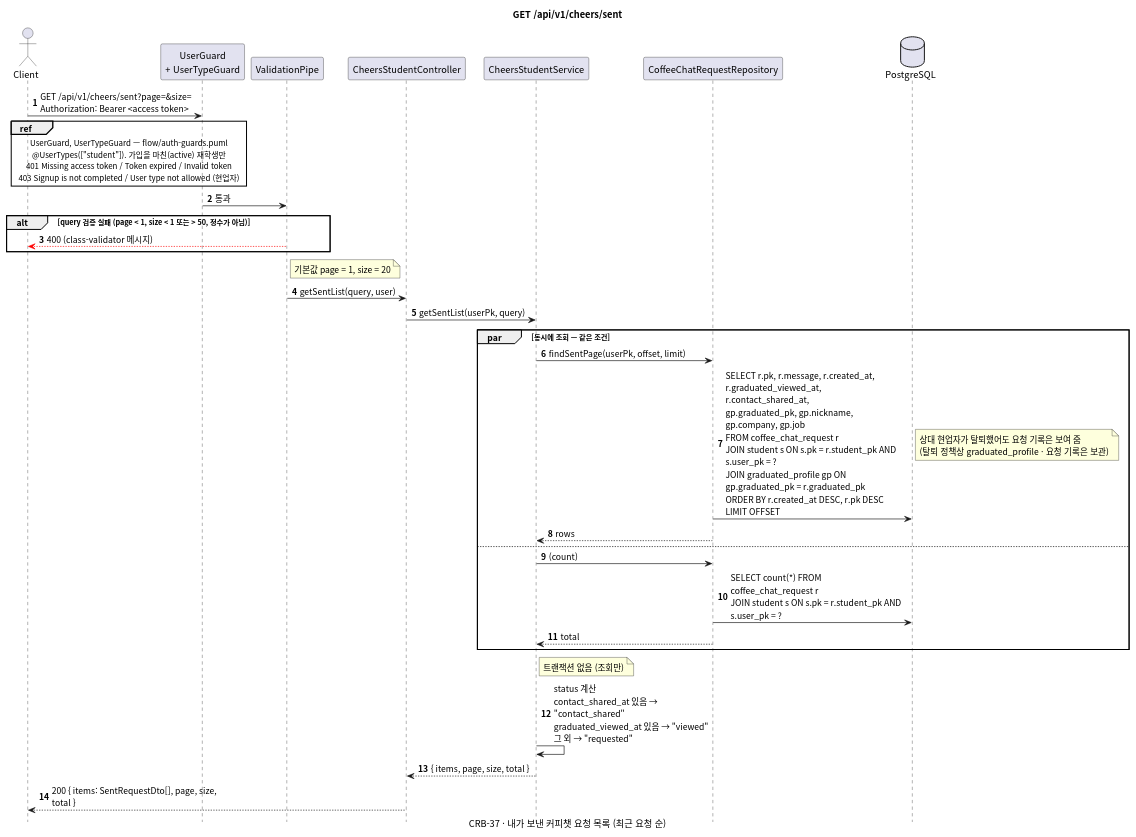
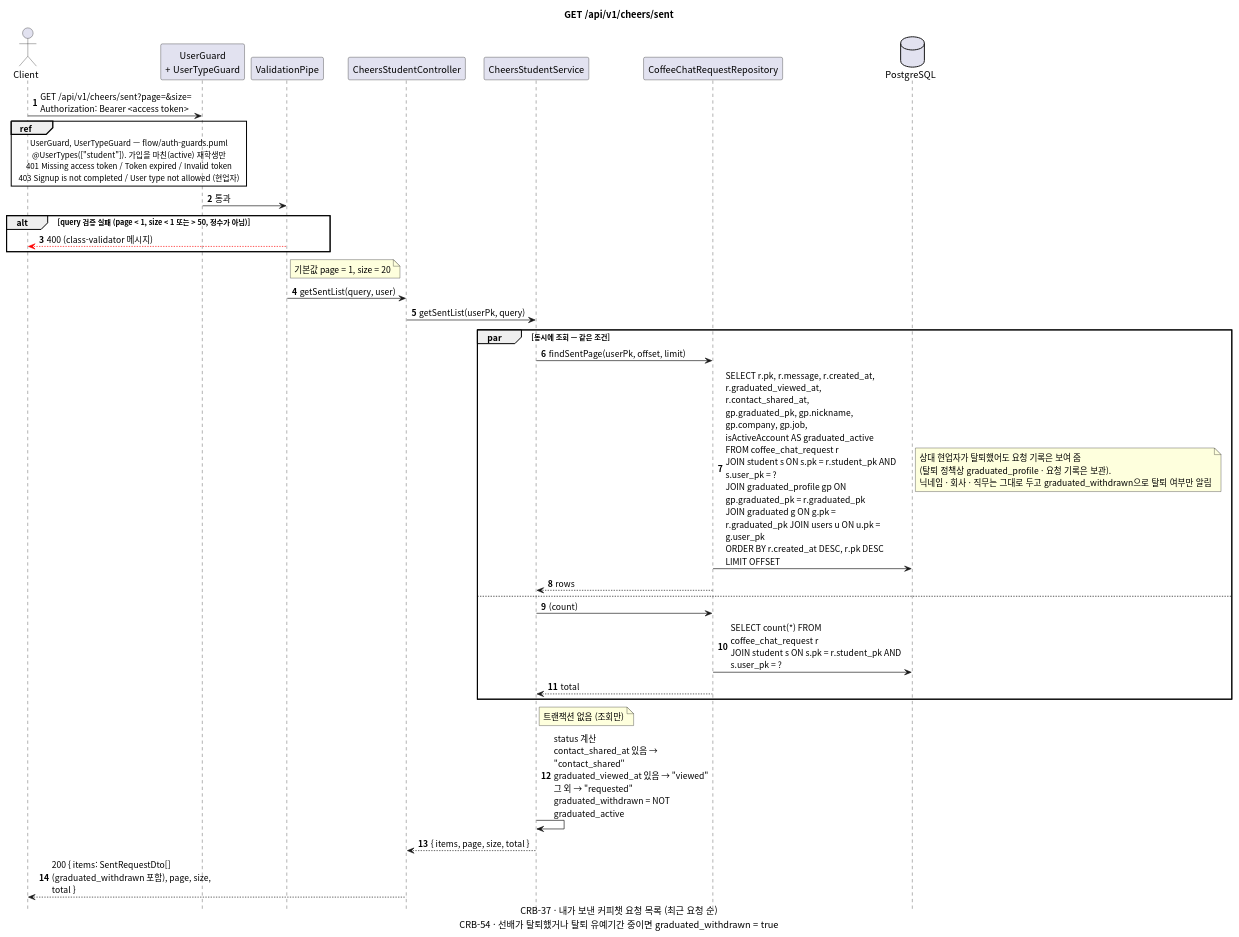
One commit to gsainfoteam/cheers-be changed the diagram in docs/sequence/cheers/get-cheers-sent.puml. Above: the diagram before and after it, drawn with PlantUML. The commit also changed 1 other file, not shown here.

Commit message:
- docs: update sent request sequence diagrams for withdrawn graduated (CRB-54)

```diff
--- a/docs/sequence/cheers/get-cheers-sent.puml
+++ b/docs/sequence/cheers/get-cheers-sent.puml
@@ -1,56 +1,57 @@
 @startuml get-cheers-sent
 skinparam defaultFontName "Apple SD Gothic Neo", "Noto Sans CJK KR", sans-serif
 skinparam responseMessageBelowArrow true
 skinparam sequenceMessageAlign left
 skinparam maxMessageSize 260
 skinparam BoxPadding 8
 skinparam shadowing false
 autonumber
 hide footbox
 
 title GET /api/v1/cheers/sent
-caption CRB-37 · 내가 보낸 커피챗 요청 목록 (최근 요청 순)
+caption CRB-37 · 내가 보낸 커피챗 요청 목록 (최근 요청 순)\nCRB-54 · 선배가 탈퇴했거나 탈퇴 유예기간 중이면 graduated_withdrawn = true
 
 actor Client
 participant "UserGuard\n+ UserTypeGuard" as Guard
 participant "ValidationPipe" as Pipe
 participant "CheersStudentController" as Controller
 participant "CheersStudentService" as Service
 participant "CoffeeChatRequestRepository" as CoffeeChatRequestRepository
 database PostgreSQL
 
 Client -> Guard: GET /api/v1/cheers/sent?page=&size=\nAuthorization: Bearer <access token>
 ref over Client, Guard
   UserGuard, UserTypeGuard — flow/auth-guards.puml
   @UserTypes(["student"]). 가입을 마친(active) 재학생만
   401 Missing access token / Token expired / Invalid token
   403 Signup is not completed / User type not allowed (현업자)
 end ref
 Guard -> Pipe: 통과
 alt query 검증 실패 (page < 1, size < 1 또는 > 50, 정수가 아님)
   Pipe -[#red]-> Client: 400 (class-validator 메시지)
 end
 note right of Pipe: 기본값 page = 1, size = 20
 Pipe -> Controller: getSentList(query, user)
 Controller -> Service: getSentList(userPk, query)
 
 par 동시에 조회 — 같은 조건
   Service -> CoffeeChatRequestRepository: findSentPage(userPk, offset, limit)
-  CoffeeChatRequestRepository -> PostgreSQL: SELECT r.pk, r.message, r.created_at,\nr.graduated_viewed_at, r.contact_shared_at,\ngp.graduated_pk, gp.nickname, gp.company, gp.job\nFROM coffee_chat_request r\nJOIN student s ON s.pk = r.student_pk AND s.user_pk = ?\nJOIN graduated_profile gp ON gp.graduated_pk = r.graduated_pk\nORDER BY r.created_at DESC, r.pk DESC LIMIT OFFSET
+  CoffeeChatRequestRepository -> PostgreSQL: SELECT r.pk, r.message, r.created_at,\nr.graduated_viewed_at, r.contact_shared_at,\ngp.graduated_pk, gp.nickname, gp.company, gp.job,\nisActiveAccount AS graduated_active\nFROM coffee_chat_request r\nJOIN student s ON s.pk = r.student_pk AND s.user_pk = ?\nJOIN graduated_profile gp ON gp.graduated_pk = r.graduated_pk\nJOIN graduated g ON g.pk = r.graduated_pk JOIN users u ON u.pk = g.user_pk\nORDER BY r.created_at DESC, r.pk DESC LIMIT OFFSET
   note right
     상대 현업자가 탈퇴했어도 요청 기록은 보여 줌
-    (탈퇴 정책상 graduated_profile · 요청 기록은 보관)
+    (탈퇴 정책상 graduated_profile · 요청 기록은 보관).
+    닉네임 · 회사 · 직무는 그대로 두고 graduated_withdrawn으로 탈퇴 여부만 알림
   end note
   CoffeeChatRequestRepository --> Service: rows
 else
   Service -> CoffeeChatRequestRepository: (count)
   CoffeeChatRequestRepository -> PostgreSQL: SELECT count(*) FROM coffee_chat_request r\nJOIN student s ON s.pk = r.student_pk AND s.user_pk = ?
   CoffeeChatRequestRepository --> Service: total
 end
 note right of Service: 트랜잭션 없음 (조회만)
 
-Service -> Service: status 계산\ncontact_shared_at 있음 → "contact_shared"\ngraduated_viewed_at 있음 → "viewed"\n그 외 → "requested"
+Service -> Service: status 계산\ncontact_shared_at 있음 → "contact_shared"\ngraduated_viewed_at 있음 → "viewed"\n그 외 → "requested"\ngraduated_withdrawn = NOT graduated_active
 Service --> Controller: { items, page, size, total }
-Controller --> Client: 200 { items: SentRequestDto[], page, size, total }
+Controller --> Client: 200 { items: SentRequestDto[] (graduated_withdrawn 포함), page, size, total }
 
 @enduml
```
